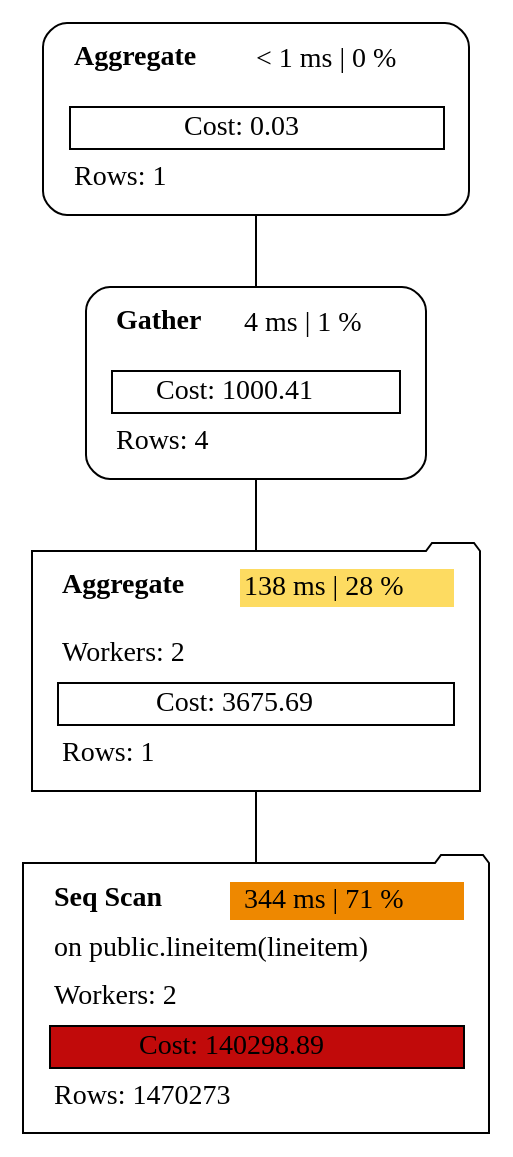
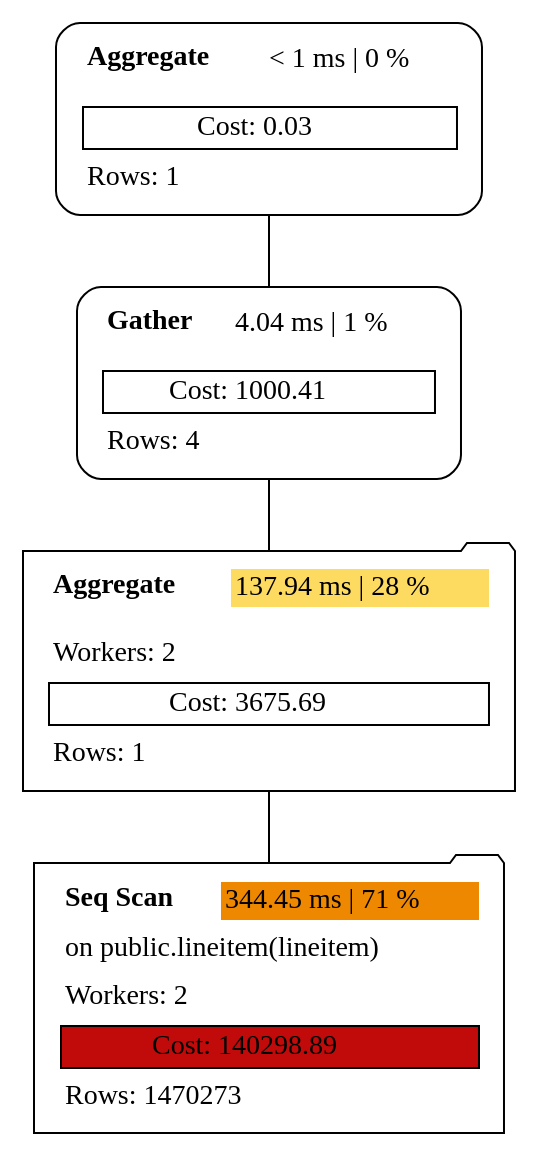
One commit to sanpii/explain changed the diagram in examples/plan_parallel.dot. Above: the diagram before and after it, drawn with Graphviz. The commit also changed 10 other files, not shown here.

```diff
--- a/examples/plan_parallel.dot
+++ b/examples/plan_parallel.dot
@@ -1,9 +1,9 @@
 graph explain {
     node0[label=<<table border="0" cellborder="0" cellspacing="5"><tr><td align="left"><b>Aggregate</b></td><td>&lt; 1 ms | 0 %</td></tr><tr><td colspan="2" align="left"></td></tr><tr><td colspan="2" border="1" >Cost: 0.03</td></tr><tr><td colspan="2" align="left">Rows: 1</td></tr></table>>][style="rounded"][shape="box"];
-    node1[label=<<table border="0" cellborder="0" cellspacing="5"><tr><td align="left"><b>Gather</b></td><td bgcolor="white">4 ms | 1 %</td></tr><tr><td colspan="2" align="left"></td></tr><tr><td colspan="2" border="1" >Cost: 1000.41</td></tr><tr><td colspan="2" align="left">Rows: 4</td></tr></table>>][style="rounded"][shape="box"];
-    node2[label=<<table border="0" cellborder="0" cellspacing="5"><tr><td align="left"><b>Aggregate</b></td><td bgcolor="#fddb61">138 ms | 28 %</td></tr><tr><td colspan="2" align="left"></td></tr><tr><td colspan="2" align="left">Workers: 2</td></tr><tr><td colspan="2" border="1" >Cost: 3675.69</td></tr><tr><td colspan="2" align="left">Rows: 1</td></tr></table>>][style="rounded"][shape="folder"];
-    node3[label=<<table border="0" cellborder="0" cellspacing="5"><tr><td align="left"><b>Seq Scan</b></td><td bgcolor="#ee8800">344 ms | 71 %</td></tr><tr><td colspan="2" align="left">on public.lineitem(lineitem)</td></tr><tr><td colspan="2" align="left">Workers: 2</td></tr><tr><td colspan="2" border="1" bgcolor="#c10a0a">Cost: 140298.89</td></tr><tr><td colspan="2" align="left">Rows: 1470273</td></tr></table>>][style="rounded"][shape="folder"];
+    node1[label=<<table border="0" cellborder="0" cellspacing="5"><tr><td align="left"><b>Gather</b></td><td bgcolor="white">4.04 ms | 1 %</td></tr><tr><td colspan="2" align="left"></td></tr><tr><td colspan="2" border="1" >Cost: 1000.41</td></tr><tr><td colspan="2" align="left">Rows: 4</td></tr></table>>][style="rounded"][shape="box"];
+    node2[label=<<table border="0" cellborder="0" cellspacing="5"><tr><td align="left"><b>Aggregate</b></td><td bgcolor="#fddb61">137.94 ms | 28 %</td></tr><tr><td colspan="2" align="left"></td></tr><tr><td colspan="2" align="left">Workers: 2</td></tr><tr><td colspan="2" border="1" >Cost: 3675.69</td></tr><tr><td colspan="2" align="left">Rows: 1</td></tr></table>>][style="rounded"][shape="folder"];
+    node3[label=<<table border="0" cellborder="0" cellspacing="5"><tr><td align="left"><b>Seq Scan</b></td><td bgcolor="#ee8800">344.45 ms | 71 %</td></tr><tr><td colspan="2" align="left">on public.lineitem(lineitem)</td></tr><tr><td colspan="2" align="left">Workers: 2</td></tr><tr><td colspan="2" border="1" bgcolor="#c10a0a">Cost: 140298.89</td></tr><tr><td colspan="2" align="left">Rows: 1470273</td></tr></table>>][style="rounded"][shape="folder"];
     node0 -- node1[label=""];
     node1 -- node2[label=""];
     node2 -- node3[label=""];
 }
```
